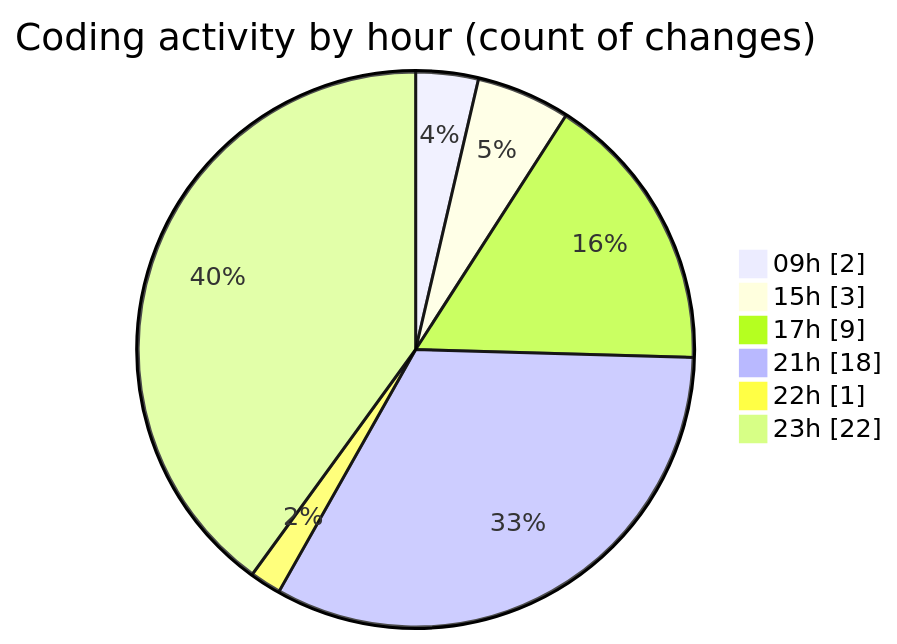
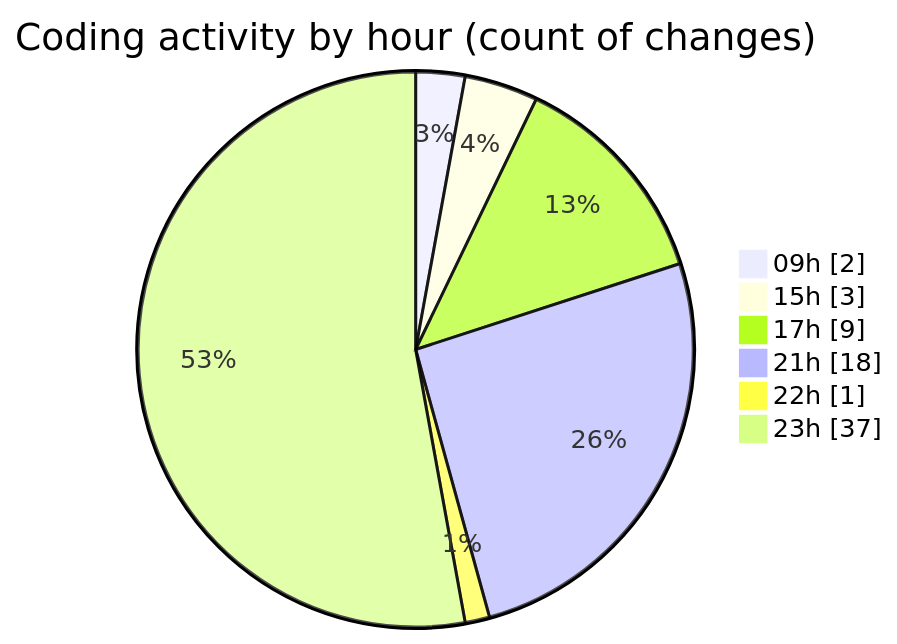
The second of 2 diagrams in 2025-10-20/eventscop-frontend-guide__workspace_/README.md (julien-gomy/code-tracking), drawn with Mermaid before and after one commit. The commit also changed other lines of this file and 1 other file, not shown here.

````diff
--- a/2025-10-20/eventscop-frontend-guide__workspace_/README.md
+++ b/2025-10-20/eventscop-frontend-guide__workspace_/README.md
@@ -46,10 +47,10 @@
 ```mermaid
 pie showData
 title Coding activity by hour (count of changes)
 "09h" : 2
 "15h" : 3
 "17h" : 9
 "21h" : 18
 "22h" : 1
-"23h" : 22
+"23h" : 37
 ```
````
